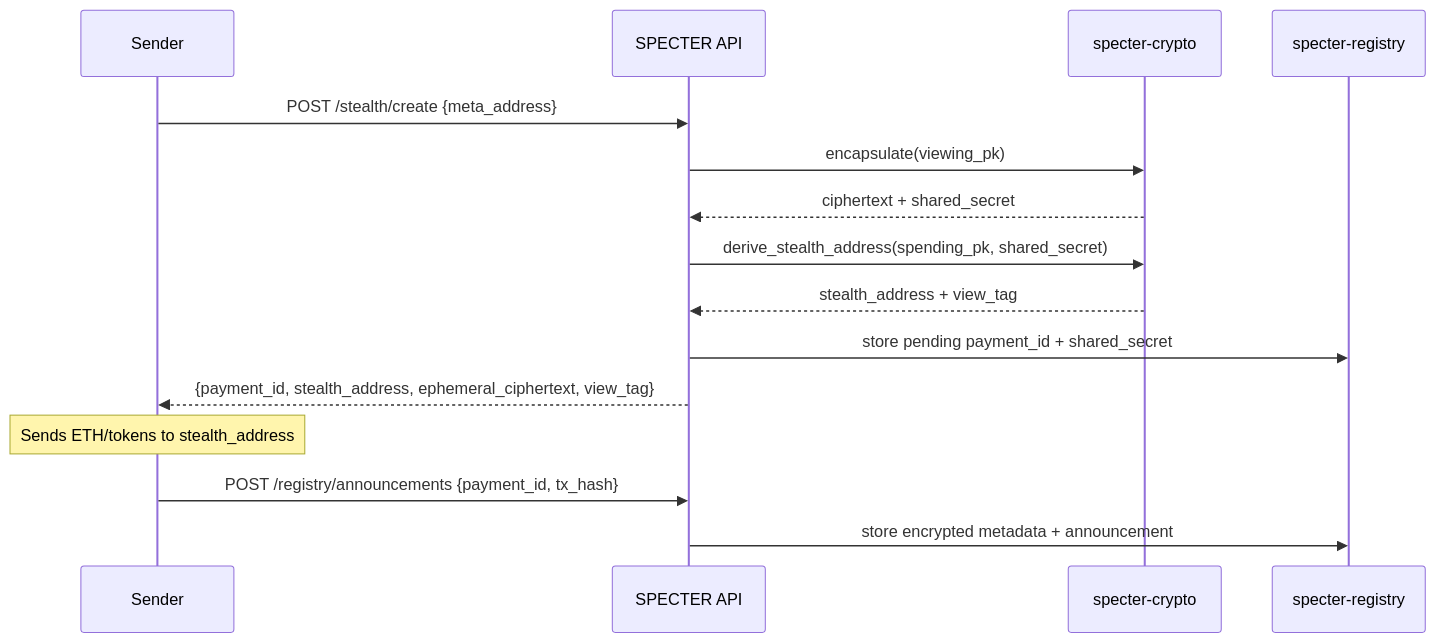
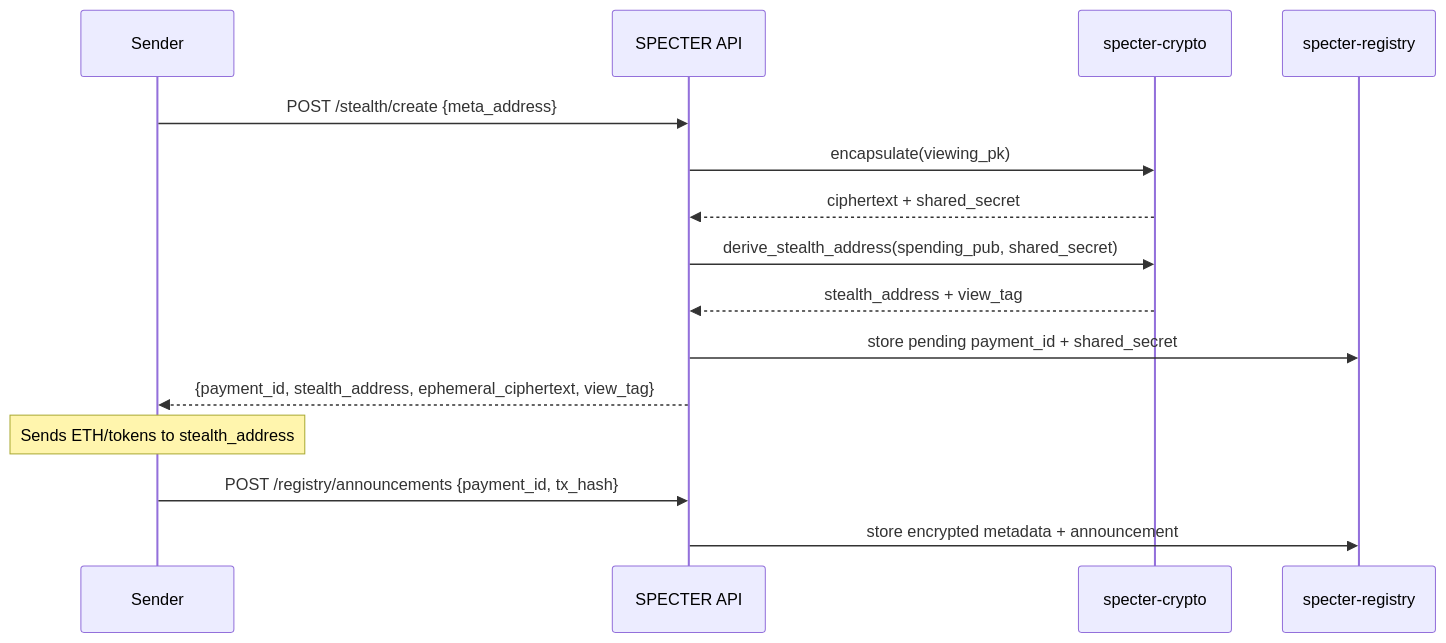
The first of 2 diagrams in docs/how-it-works/architecture.mdx (specter-privacy/docs), drawn with Mermaid before and after one commit. The commit also changed other lines of this file and 10 other files, not shown here.

````diff
--- a/docs/how-it-works/architecture.mdx
+++ b/docs/how-it-works/architecture.mdx
@@ -38,20 +38,20 @@
 ```mermaid
 sequenceDiagram
     participant Sender
     participant API as SPECTER API
     participant Crypto as specter-crypto
     participant Registry as specter-registry
 
     Sender->>API: POST /stealth/create {meta_address}
     API->>Crypto: encapsulate(viewing_pk)
     Crypto-->>API: ciphertext + shared_secret
-    API->>Crypto: derive_stealth_address(spending_pk, shared_secret)
+    API->>Crypto: derive_stealth_address(spending_pub, shared_secret)
     Crypto-->>API: stealth_address + view_tag
     API->>Registry: store pending payment_id + shared_secret
     API-->>Sender: {payment_id, stealth_address, ephemeral_ciphertext, view_tag}
 
     Note over Sender: Sends ETH/tokens to stealth_address
 
     Sender->>API: POST /registry/announcements {payment_id, tx_hash}
     API->>Registry: store encrypted metadata + announcement
 ```
````
